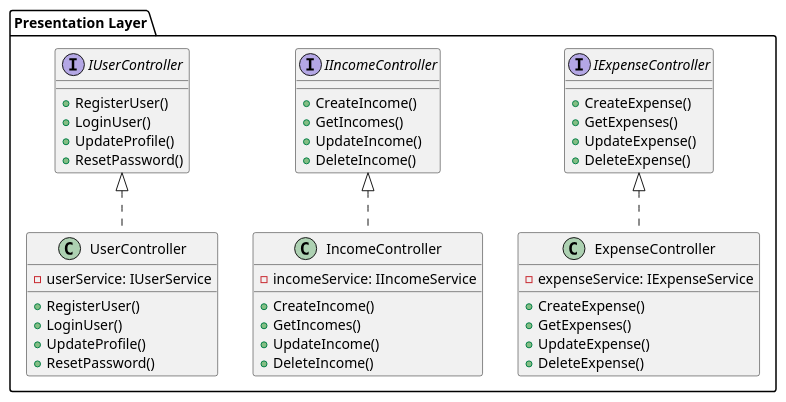
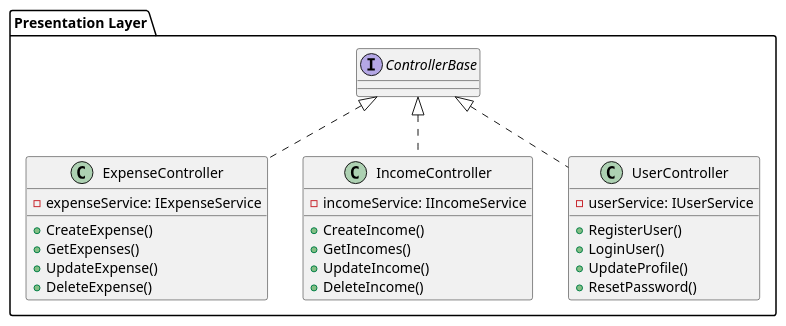
The diagram in docs/uml/presentation.puml (programacion-6/ExpenseTrackerGrupo2), drawn with PlantUML before and after one commit.

Commit message:
docs: remove unnecessary contracts; apply common controller behavior

```diff
--- a/docs/uml/presentation.puml
+++ b/docs/uml/presentation.puml
@@ -1,50 +1,29 @@
 @startuml Presentation
 
 package "Presentation Layer" {
-    interface IExpenseController {
-        + CreateExpense()
-        + GetExpenses()
-        + UpdateExpense()
-        + DeleteExpense()
-    }
-
-    interface IIncomeController {
-        + CreateIncome()
-        + GetIncomes()
-        + UpdateIncome()
-        + DeleteIncome()
-    }
-
-    interface IUserController {
-        + RegisterUser()
-        + LoginUser()
-        + UpdateProfile()
-        + ResetPassword()
-    }
-
-    class ExpenseController implements IExpenseController {
+    class ExpenseController implements ControllerBase {
         - expenseService: IExpenseService
         + CreateExpense()
         + GetExpenses()
         + UpdateExpense()
         + DeleteExpense()
     }
 
-    class IncomeController implements IIncomeController {
+    class IncomeController implements ControllerBase {
         - incomeService: IIncomeService
         + CreateIncome()
         + GetIncomes()
         + UpdateIncome()
         + DeleteIncome()
     }
 
-    class UserController implements IUserController {
+    class UserController implements ControllerBase {
         - userService: IUserService
         + RegisterUser()
         + LoginUser()
         + UpdateProfile()
         + ResetPassword()
     }
 }
 
 @enduml
```
